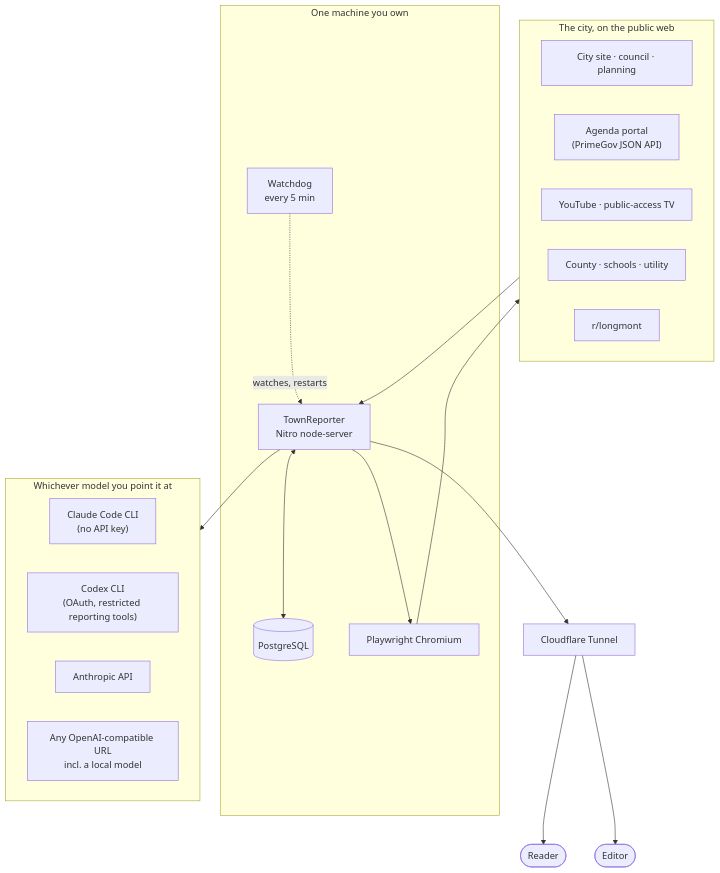
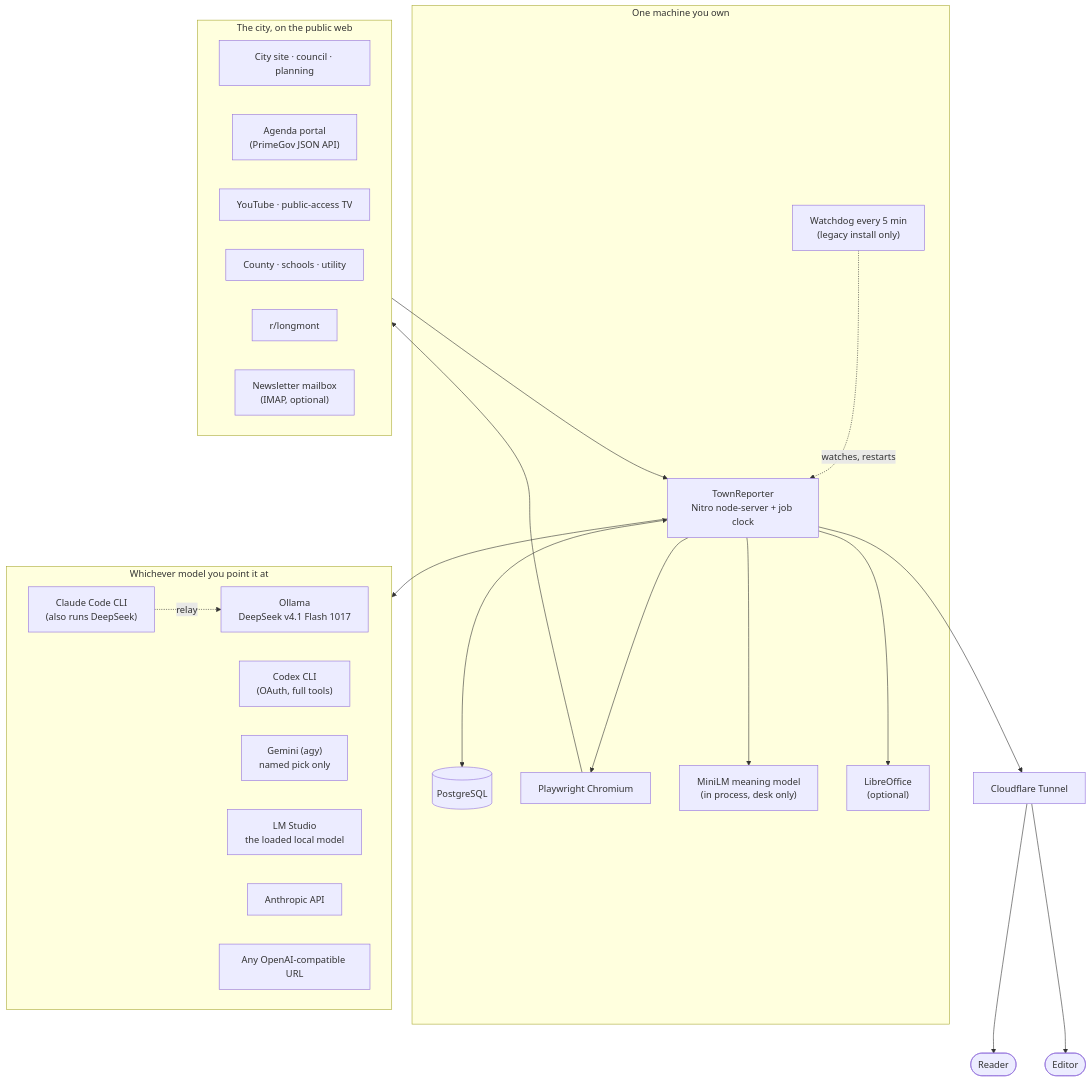
Before and after one commit to scottconverse/TownReporter: the first of 12 diagrams in docs/manual.md, drawn with Mermaid. The commit also changed other lines of this file and 51 other files, not shown here.

First line of the commit message:
docs: 0.6.84 release docs - full user manual, landing page, README, guides, diagrams

````diff
--- a/docs/manual.md
+++ b/docs/manual.md
@@ -1016,37 +2029,46 @@
 ```mermaid
 flowchart TB
     subgraph outside["The city, on the public web"]
         CITY["City site · council · planning"]
         PORTAL["Agenda portal<br/>(PrimeGov JSON API)"]
         TAPE["YouTube · public-access TV"]
         COUNTY["County · schools · utility"]
         REDDIT["r/longmont"]
+        MAIL["Newsletter mailbox<br/>(IMAP, optional)"]
     end
 
     subgraph machine["One machine you own"]
-        APP["TownReporter<br/>Nitro node-server"]
+        APP["TownReporter<br/>Nitro node-server + job clock"]
         DB[("PostgreSQL")]
         PW["Playwright Chromium"]
-        WD["Watchdog<br/>every 5 min"]
+        EMB["MiniLM meaning model<br/>(in process, desk only)"]
+        LO["LibreOffice<br/>(optional)"]
+        WD["Watchdog every 5 min<br/>(legacy install only)"]
     end
 
     subgraph models["Whichever model you point it at"]
-        CC["Claude Code CLI<br/>(no API key)"]
-        CX["Codex CLI<br/>(OAuth, restricted reporting tools)"]
+        CC["Claude Code CLI<br/>(also runs DeepSeek)"]
+        CX["Codex CLI<br/>(OAuth, full tools)"]
+        GM["Gemini (agy)<br/>named pick only"]
+        OL["Ollama<br/>DeepSeek v4.1 Flash 1017"]
+        LM["LM Studio<br/>the loaded local model"]
         API["Anthropic API"]
-        OAI["Any OpenAI-compatible URL<br/>incl. a local model"]
+        OAI["Any OpenAI-compatible URL"]
     end
 
     READER(["Reader"])
     EDITOR(["Editor"])
 
     outside --> APP
     APP <--> DB
     APP --> PW
     PW --> outside
+    APP --> EMB
+    APP --> LO
     APP --> models
+    CC -.relay.-> OL
     WD -.watches, restarts.-> APP
     APP --> TUNNEL["Cloudflare Tunnel"]
     TUNNEL --> READER
     TUNNEL --> EDITOR
 ```
````
